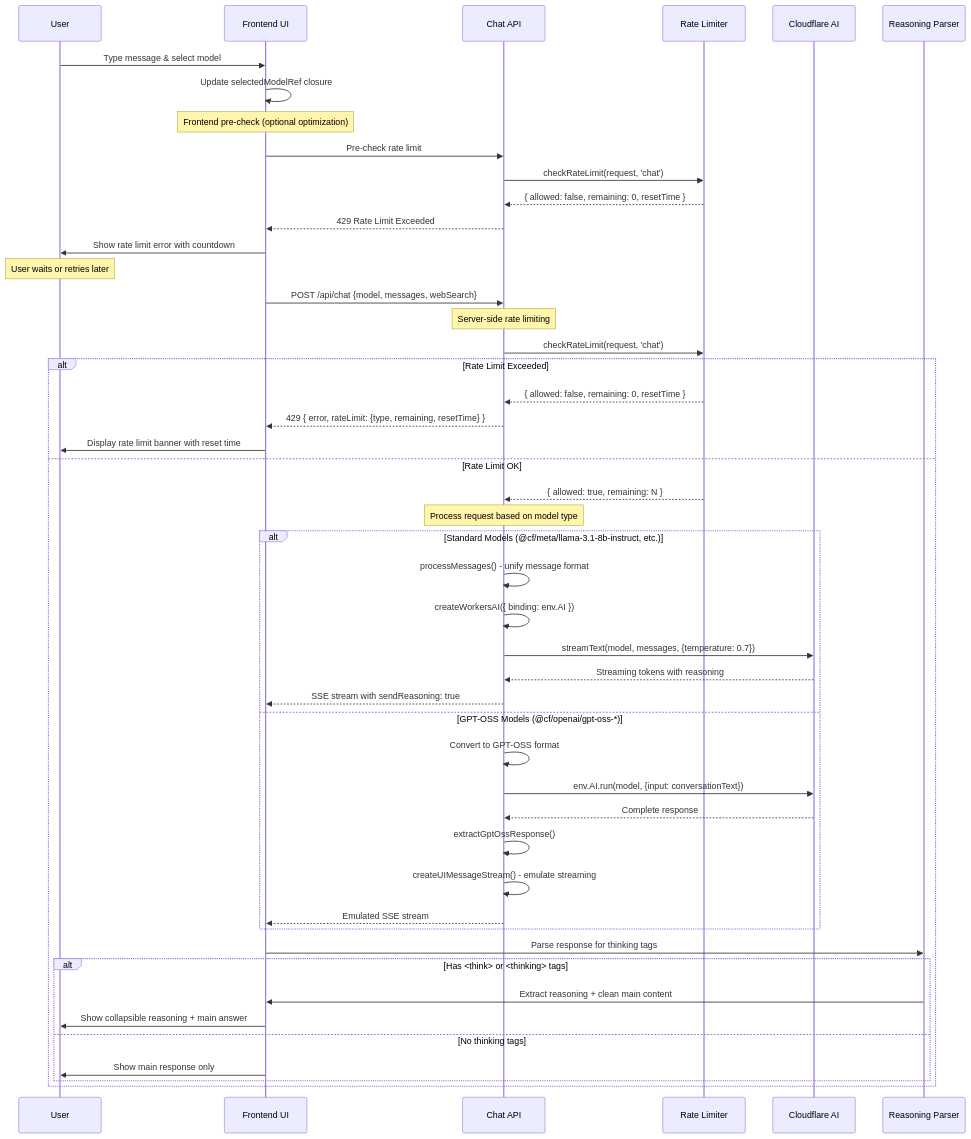
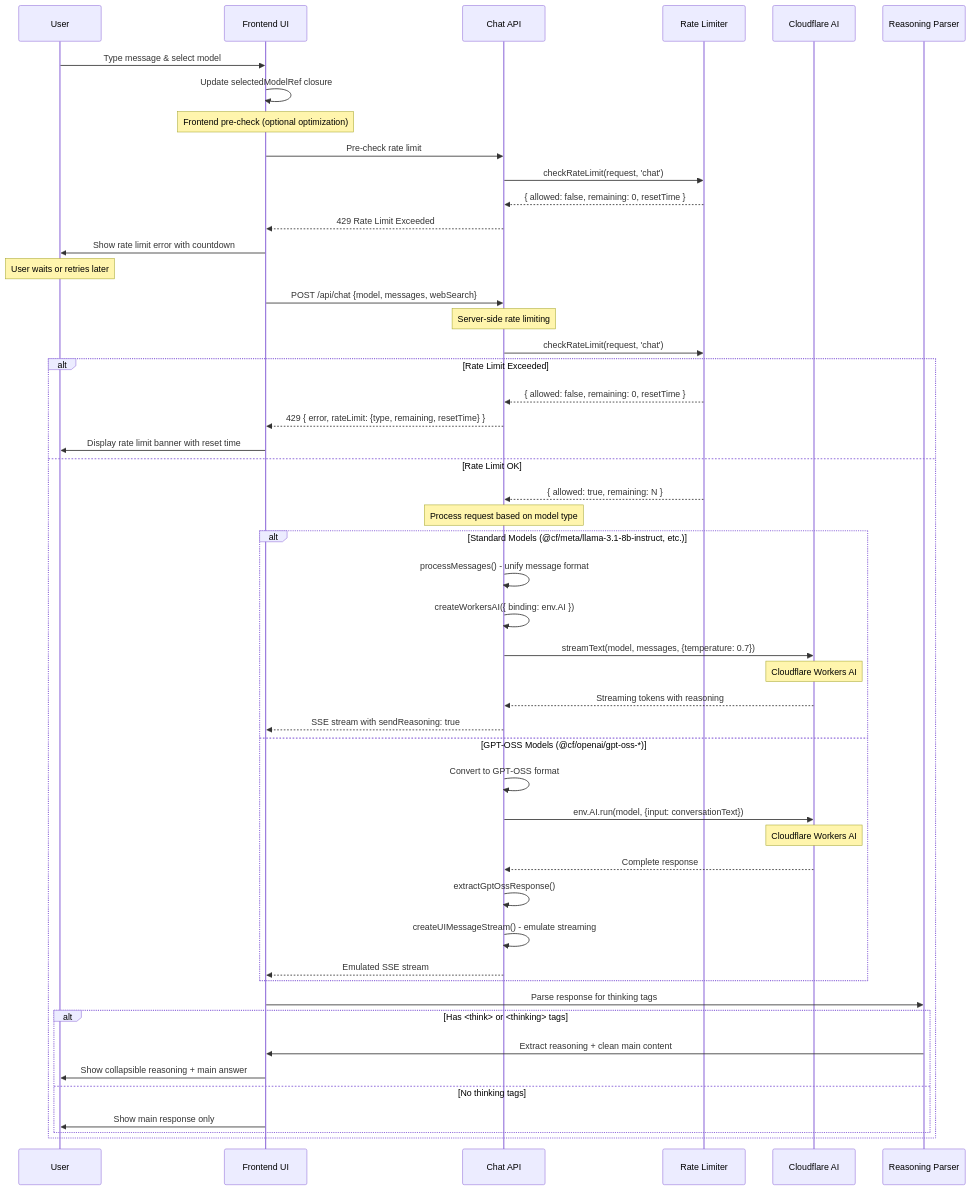
Before and after one commit to devhims/opengpt: the fourth of 18 diagrams in architecture.md, drawn with Mermaid. The commit also changed other lines of this file and 3 other files, not shown here.

First line of the commit message:
feat: update architecture and README for enhanced request flow documentation

````diff
--- a/architecture.md
+++ b/architecture.md
@@ -184,56 +192,58 @@
 ```mermaid
 sequenceDiagram
     participant User
     participant UI as Frontend UI
     participant ChatAPI as Chat API
     participant RateLimit as Rate Limiter
     participant AI as Cloudflare AI
     participant Parser as Reasoning Parser
 
     User->>UI: Type message & select model
     UI->>UI: Update selectedModelRef closure
 
     Note over UI: Frontend pre-check (optional optimization)
     UI->>ChatAPI: Pre-check rate limit
     ChatAPI->>RateLimit: checkRateLimit(request, 'chat')
     RateLimit-->>ChatAPI: { allowed: false, remaining: 0, resetTime }
     ChatAPI-->>UI: 429 Rate Limit Exceeded
     UI->>User: Show rate limit error with countdown
 
     Note over User: User waits or retries later
     UI->>ChatAPI: POST /api/chat {model, messages, webSearch}
 
     Note over ChatAPI: Server-side rate limiting
     ChatAPI->>RateLimit: checkRateLimit(request, 'chat')
     alt Rate Limit Exceeded
         RateLimit-->>ChatAPI: { allowed: false, remaining: 0, resetTime }
         ChatAPI-->>UI: 429 { error, rateLimit: {type, remaining, resetTime} }
         UI->>User: Display rate limit banner with reset time
     else Rate Limit OK
         RateLimit-->>ChatAPI: { allowed: true, remaining: N }
 
         Note over ChatAPI: Process request based on model type
         alt Standard Models (@cf/meta/llama-3.1-8b-instruct, etc.)
             ChatAPI->>ChatAPI: processMessages() - unify message format
             ChatAPI->>ChatAPI: createWorkersAI({ binding: env.AI })
             ChatAPI->>AI: streamText(model, messages, {temperature: 0.7})
+            Note over AI: Cloudflare Workers AI
             AI-->>ChatAPI: Streaming tokens with reasoning
             ChatAPI-->>UI: SSE stream with sendReasoning: true
         else GPT-OSS Models (@cf/openai/gpt-oss-*)
             ChatAPI->>ChatAPI: Convert to GPT-OSS format
             ChatAPI->>AI: env.AI.run(model, {input: conversationText})
+            Note over AI: Cloudflare Workers AI
             AI-->>ChatAPI: Complete response
             ChatAPI->>ChatAPI: extractGptOssResponse()
             ChatAPI->>ChatAPI: createUIMessageStream() - emulate streaming
             ChatAPI-->>UI: Emulated SSE stream
         end
 
         UI->>Parser: Parse response for thinking tags
         alt Has <think> or <thinking> tags
             Parser->>UI: Extract reasoning + clean main content
             UI->>User: Show collapsible reasoning + main answer
         else No thinking tags
             UI->>User: Show main response only
         end
     end
 ```
````
